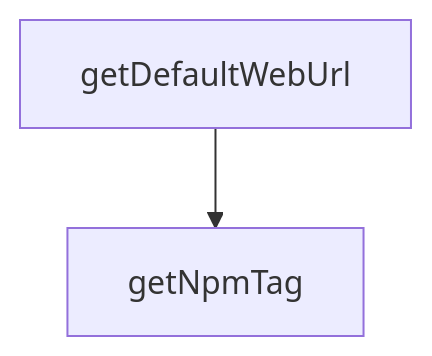
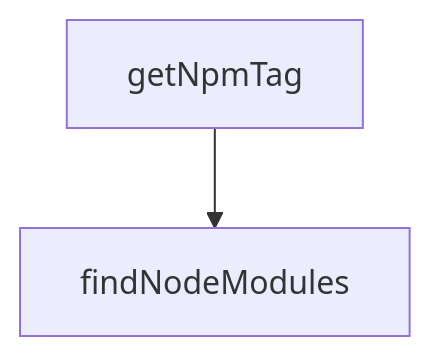
The diagram in tutorials/refly-tutorial/08-contribution-workflow-and-governance.md (johnxie/awesome-code-docs), drawn with Mermaid before and after one commit. The commit also changed other lines of this file and 1232 other files, not shown here.

````diff
--- a/tutorials/refly-tutorial/08-contribution-workflow-and-governance.md
+++ b/tutorials/refly-tutorial/08-contribution-workflow-and-governance.md
@@ -142,6 +140,6 @@
 ```mermaid
 flowchart TD
-    A[getDefaultWebUrl]
-    B[getNpmTag]
+    A[getNpmTag]
+    B[findNodeModules]
     A --> B
 ```
````
